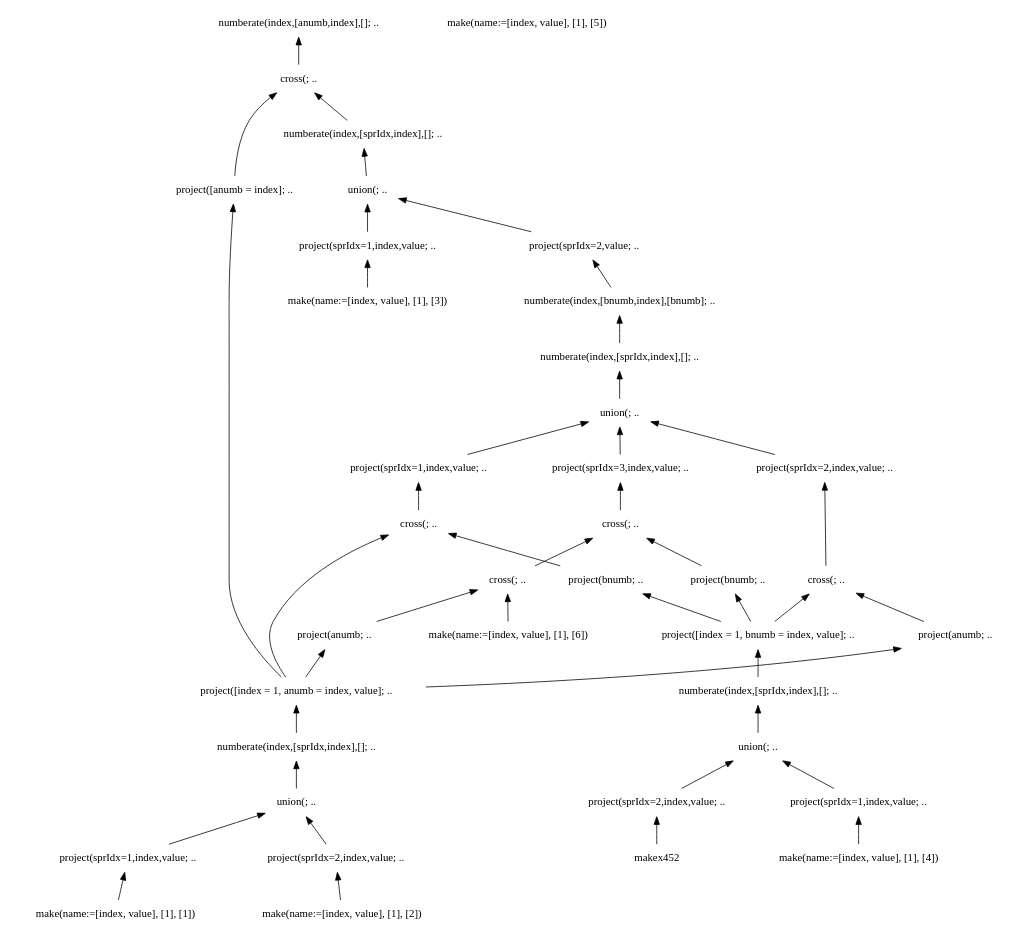
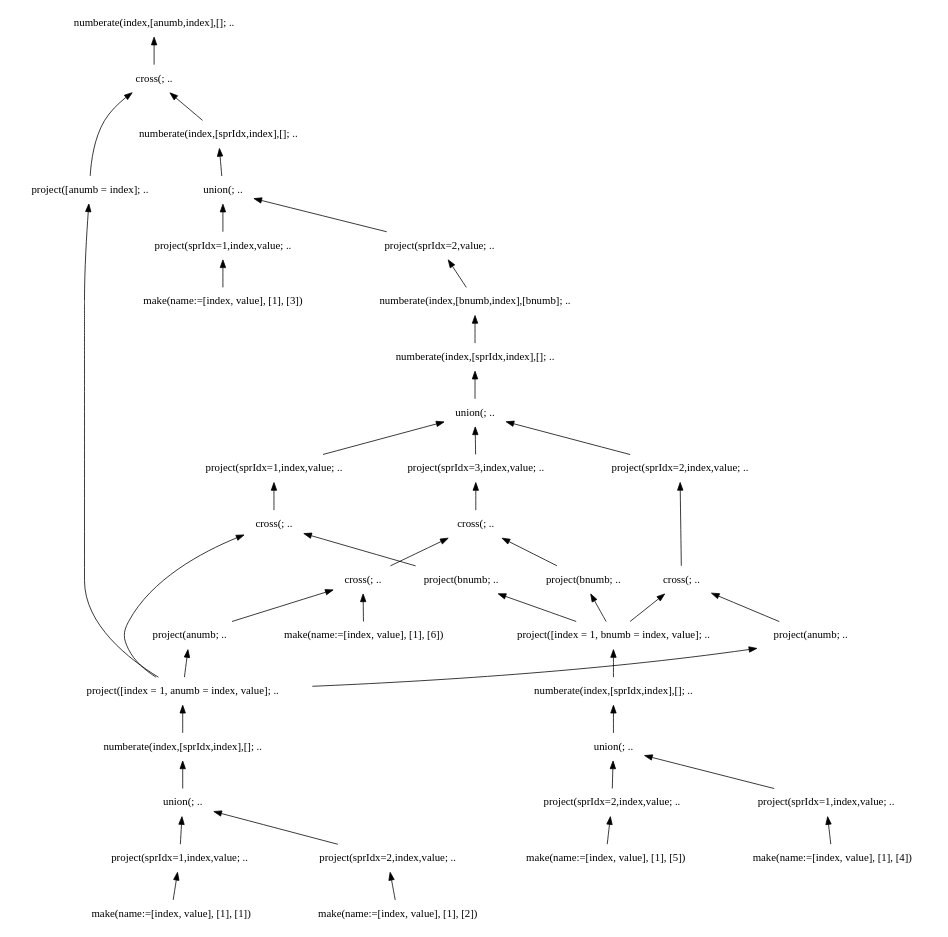
Before and after one commit to andrerav/xqft-parser: the diagram in doc/graph_src/td_impl_flwor_complex_xq_relalg_dag.dot, drawn with Graphviz. The commit also changed 2 other files, not shown here.

```diff
--- a/doc/graph_src/td_impl_flwor_complex_xq_relalg_dag.dot
+++ b/doc/graph_src/td_impl_flwor_complex_xq_relalg_dag.dot
@@ -1,106 +1,107 @@
 digraph AST {
+
 edge [color=black, dir=both, weight=1, fontcolor=black, arrowhead=none, arrowtail=normal]
 node [shape=plaintext]
 numberate1 [label="numberate(index,[anumb,index],[]; .."]
   numberate1 -> cross2
 cross2 [label="cross(; .."]
     cross2 -> project3
 project3 [label="project([anumb = index]; .."]
       project3 -> projectx121
 
 
 
       cross2 -> numberate11
 numberate11 [label="numberate(index,[sprIdx,index],[]; .."]
         numberate11 -> union12
 union12 [label="union(; .."]
           union12 -> project13
 project13 [label="project(sprIdx=1,index,value; .."]
             project13 -> make14
 make14 [label="make(name:=[index, value], [1], [3])"]
             union12 -> project15
 project15 [label="project(sprIdx=2,value; .."]
               project15 -> numberate16
 numberate16 [label="numberate(index,[bnumb,index],[bnumb]; .."]
                 numberate16 -> numberate17
 numberate17 [label="numberate(index,[sprIdx,index],[]; .."]
                   numberate17 -> union18
 union18 [label="union(; .."]
                     union18 -> project19
 project19 [label="project(sprIdx=1,index,value; .."]
                       project19 -> cross20
 cross20 [label="cross(; .."]
                         cross20 -> project21
 project21 [label="project(bnumb; .."]
                           project21 -> projectx451
                           
                           
                           
 
 projectx451 [label="project([index = 1, bnumb = index, value]; .."]
                             projectx451 -> numberatex451
 numberatex451 [label="numberate(index,[sprIdx,index],[]; .."]
                               numberatex451 -> unionx451
 unionx451 [label="union(; .."]
                                 unionx451 -> projectx452
 projectx452 [label="project(sprIdx=1,index,value; .."]
                                   projectx452 -> makex451
 makex451 [label="make(name:=[index, value], [1], [4])"]
                                   unionx451 -> projectx453
 projectx453 [label="project(sprIdx=2,index,value; .."]
                                     projectx453 -> makex452
-makex458 [label="make(name:=[index, value], [1], [5])"]
+makex452 [label="make(name:=[index, value], [1], [5])"]
 
 
 
 
                           cross20 -> projectx121
 
                       union18 -> project36
 project36 [label="project(sprIdx=2,index,value; .."]
                         project36 -> cross37
 cross37 [label="cross(; .."]
                           cross37 -> project38
 project38 [label="project(anumb; .."]
                             project38 -> projectx121
                             cross37 -> projectx451
 
 
 
 
                         union18 -> project53
 project53 [label="project(sprIdx=3,index,value; .."]
                           project53 -> cross54
 cross54 [label="cross(; .."]
                             cross54 -> project55
 project55 [label="project(bnumb; .."]
                               project55 -> projectx451
 
 
                               cross54 -> cross63
 cross63 [label="cross(; .."]
                                 cross63 -> project64
 project64 [label="project(anumb; .."]
                                   project64 -> projectx121
 
 
 
 projectx121 [label="project([index = 1, anumb = index, value]; .."]
                                     projectx121 -> numberatex121
 numberatex121 [label="numberate(index,[sprIdx,index],[]; .."]
                                       numberatex121 -> unionx121
 unionx121 [label="union(; .."]
                                         unionx121 -> projectx122
 projectx122 [label="project(sprIdx=1,index,value; .."]
                                           projectx122 -> makex121
 makex121 [label="make(name:=[index, value], [1], [1])"]
                                           unionx121 -> projectx123
 projectx123 [label="project(sprIdx=2,index,value; .."]
                                             projectx123 -> makex122
 makex122 [label="make(name:=[index, value], [1], [2])"]
 
 
                                   cross63 -> make72
 make72 [label="make(name:=[index, value], [1], [6])"]
 
 }
```
